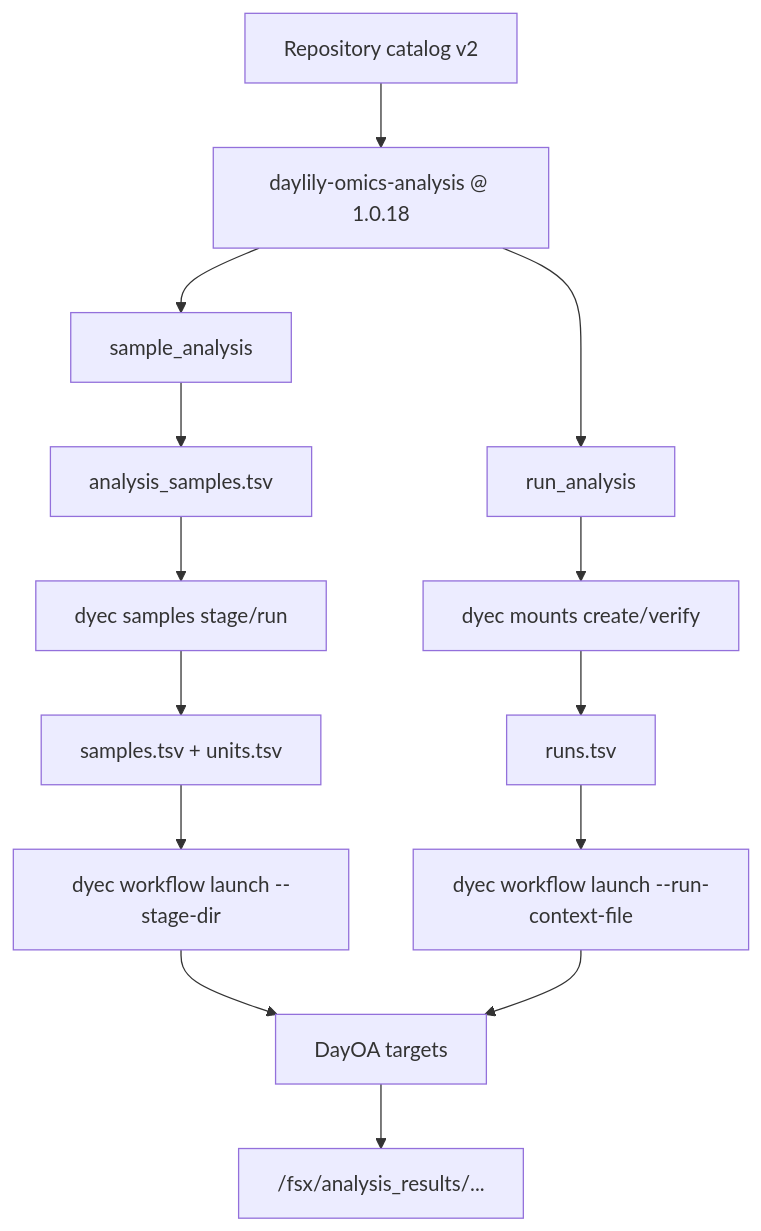
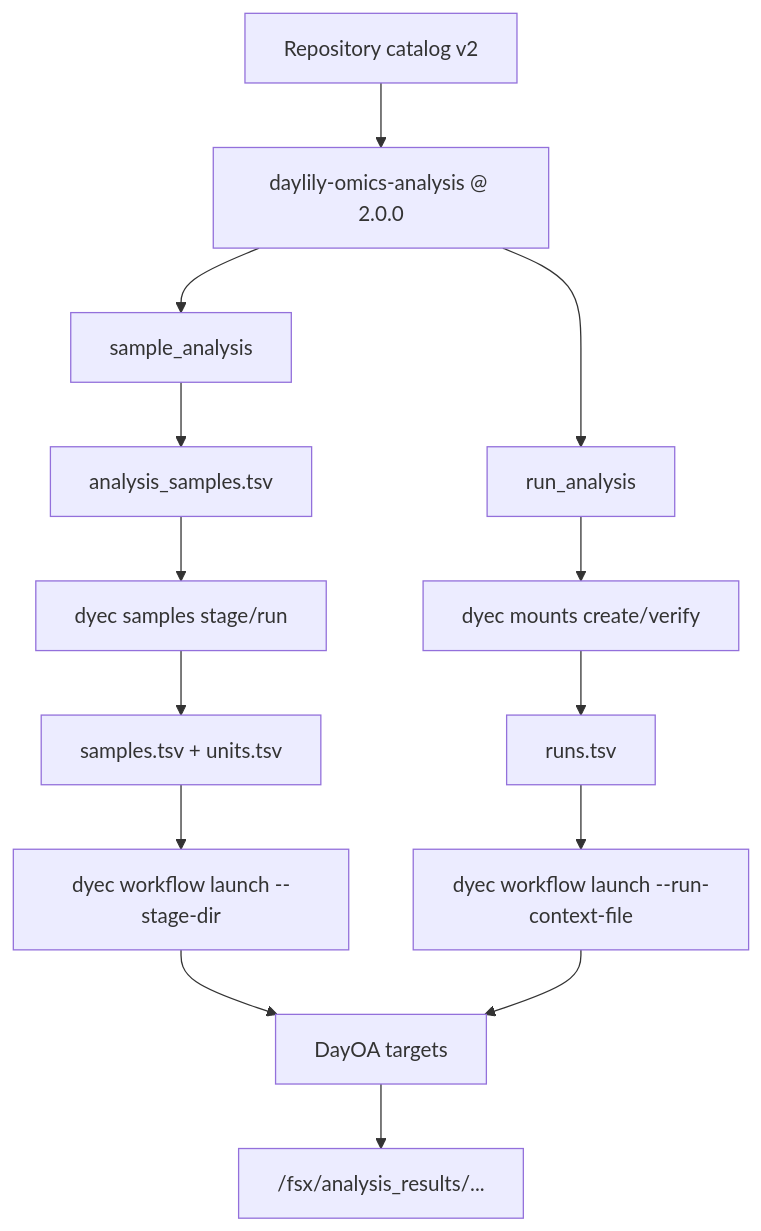
Before and after one commit to Daylily-Informatics/daylily-ephemeral-cluster: the third of 3 diagrams in docs/dra_fsx_strategy.md, drawn with Mermaid. The commit also changed other lines of this file and 105 other files, not shown here.

````diff
--- a/docs/dra_fsx_strategy.md
+++ b/docs/dra_fsx_strategy.md
@@ -95,19 +95,19 @@
 ```mermaid
 flowchart TB
-  Catalog["Repository catalog v2"] --> Repo["daylily-omics-analysis @ 1.0.18"]
+  Catalog["Repository catalog v2"] --> Repo["daylily-omics-analysis @ 2.0.0"]
   Repo --> Sample["sample_analysis"]
   Repo --> Run["run_analysis"]
 
   Sample --> Manifest["analysis_samples.tsv"]
   Manifest --> Stage["dyec samples stage/run"]
   Stage --> TSV["samples.tsv + units.tsv"]
   TSV --> LaunchA["dyec workflow launch --stage-dir"]
 
   Run --> Mount["dyec mounts create/verify"]
   Mount --> Runs["runs.tsv"]
   Runs --> LaunchB["dyec workflow launch --run-context-file"]
 
   LaunchA --> DayOA["DayOA targets"]
   LaunchB --> DayOA
   DayOA --> Results["/fsx/analysis_results/..."]
 ```
````
